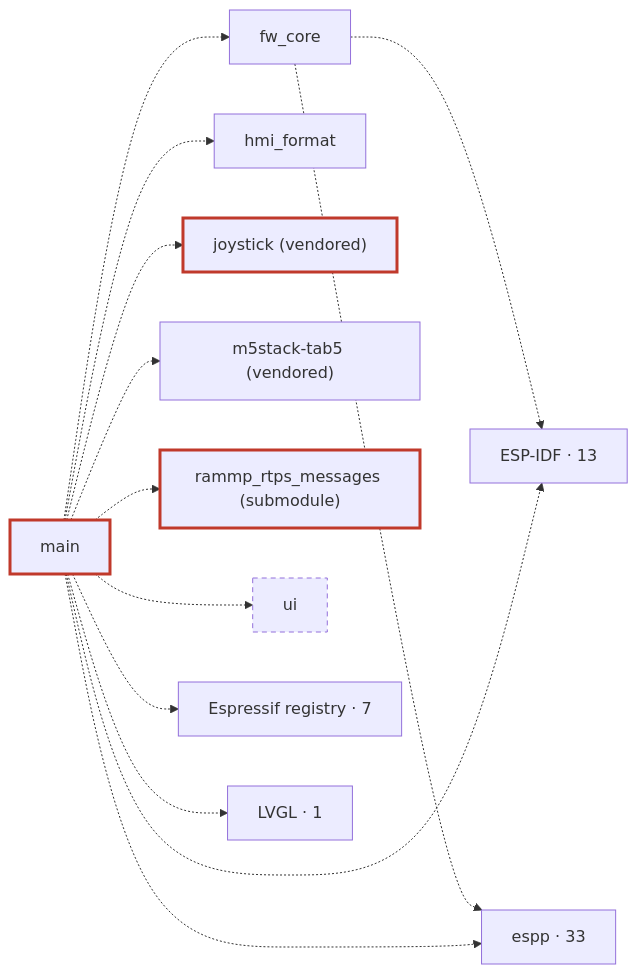
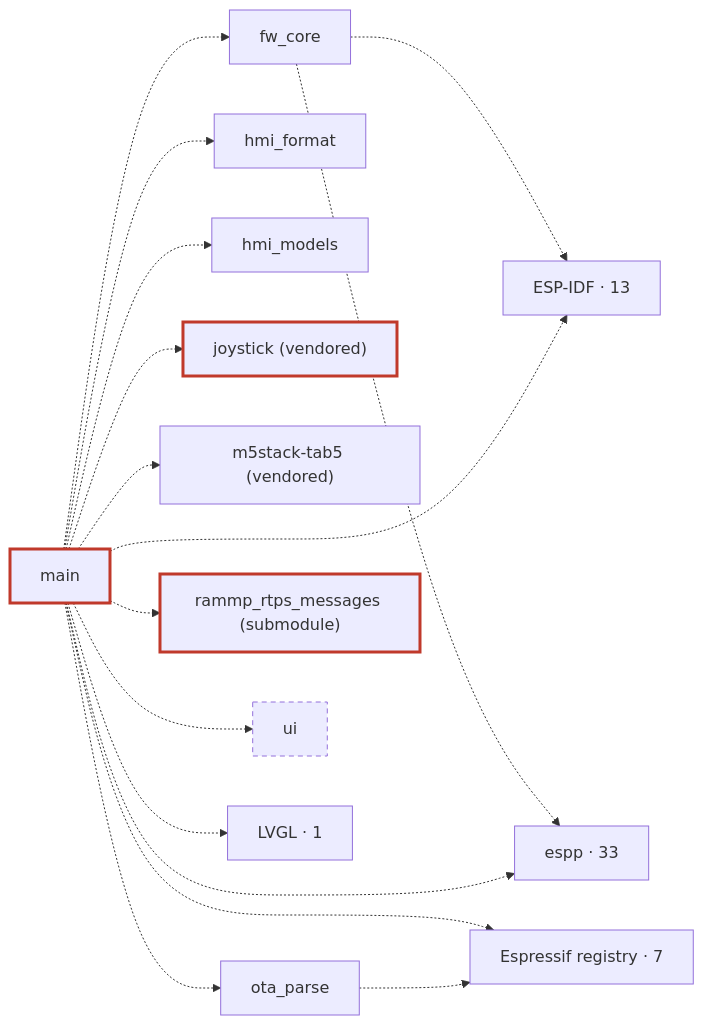
One commit to rammp-org/pace-hmi-fw changed the second of 2 diagrams in docs/architecture.md. Above: the diagram before and after it, drawn with Mermaid. The commit also changed 1 other file, not shown here.

Commit message:
docs: regenerate D3 from the milestone-5 build (adds hmi_models, ota_parse)
python tools/gen_diagrams/gen_diagrams.py write --build-dir C:\b\integ6b_default;
check PASS with no stale-snapshot warning.

````diff
--- a/docs/architecture.md
+++ b/docs/architecture.md
@@ -95,29 +95,34 @@
 ```mermaid
 flowchart LR
   c_fw_core["fw_core"]
   c_hmi_format["hmi_format"]
+  c_hmi_models["hmi_models"]
   c_joystick["joystick (vendored)"]:::safety
   c_m5stack_tab5["m5stack-tab5 (vendored)"]
   c_main["main"]:::safety
+  c_ota_parse["ota_parse"]
   c_rammp_rtps_messages["rammp_rtps_messages (submodule)"]:::safety
   c_ui["ui"]:::gen
   g_ESP_IDF["ESP-IDF · 13"]
   g_espp["espp · 33"]
   g_Espressif_registry["Espressif registry · 7"]
   g_LVGL["LVGL · 1"]
   c_fw_core -.-> g_ESP_IDF
   c_fw_core -.-> g_espp
   c_main -.-> c_fw_core
   c_main -.-> c_hmi_format
+  c_main -.-> c_hmi_models
   c_main -.-> c_joystick
   c_main -.-> c_m5stack_tab5
+  c_main -.-> c_ota_parse
   c_main -.-> c_rammp_rtps_messages
   c_main -.-> c_ui
   c_main -.-> g_ESP_IDF
   c_main -.-> g_espp
   c_main -.-> g_Espressif_registry
   c_main -.-> g_LVGL
+  c_ota_parse -.-> g_Espressif_registry
   classDef hw fill:#d9dde3,stroke:#7a8590,color:#111
   classDef safety stroke:#c0392b,stroke-width:3px
   classDef gen stroke-dasharray:5 4
 ```
````
